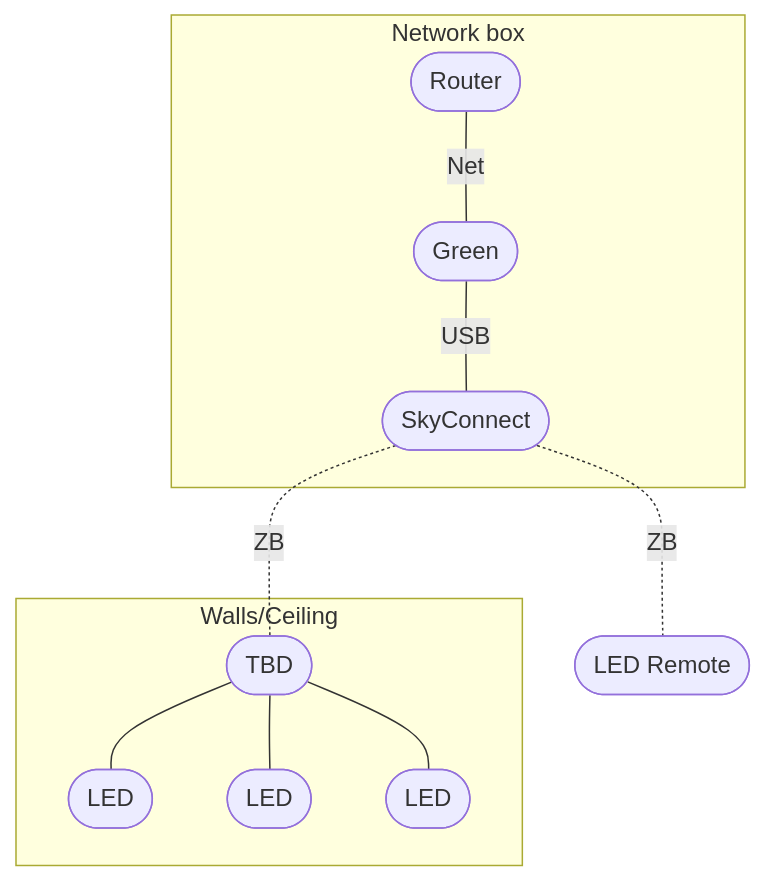
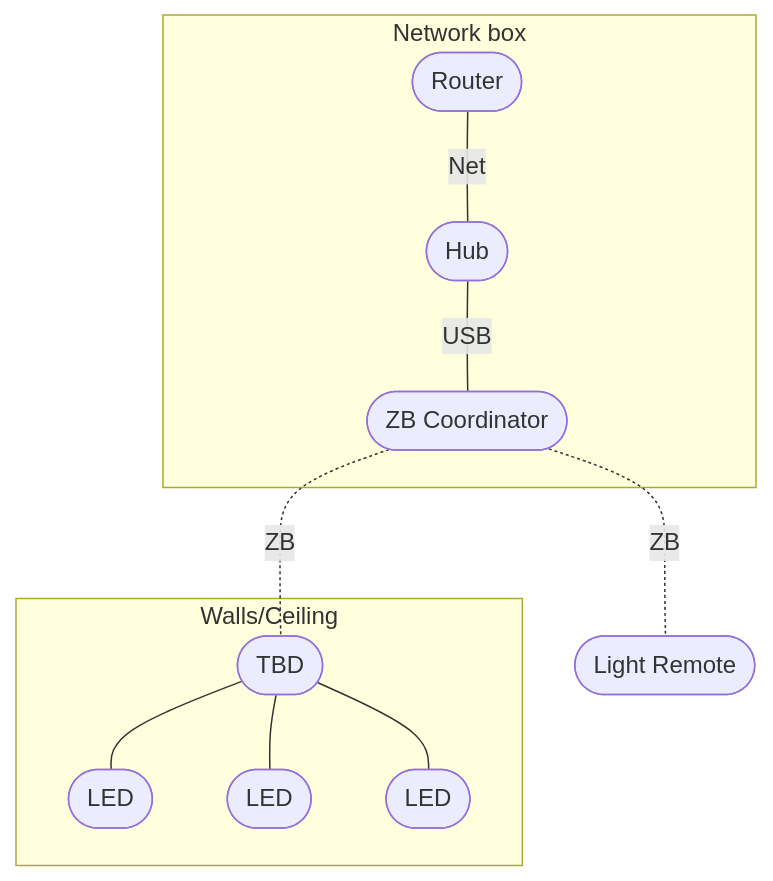
The diagram in content/note/connected-home-switches.md (freenandes/topo-da-mente), drawn with Mermaid before and after one commit. The commit also changed other lines of this file, not shown here.

Commit message:
Dec 15, 2023, 1:46 PM

````diff
--- a/content/note/connected-home-switches.md
+++ b/content/note/connected-home-switches.md
@@ -55,15 +55,15 @@
 ```mermaid
 flowchart TB
 subgraph nwb[Network box]
     iro([Router]) --Net---
-    has([Green]) --USB---
-    sky([SkyConnect])
+    hub([Hub]) --USB---
+    coo([ZB Coordinator])
 end
-sky -.ZB.- rem([LED Remote])
+coo -.ZB.- rem([Light Remote])
 subgraph con[Walls/Ceiling]
     dsw([TBD]) --- ll1([LED])
     dsw --- ll2([LED])
     dsw --- ll3([LED])
 end 
-sky -.ZB.- dsw
+coo -.ZB.- dsw
 ```
````
